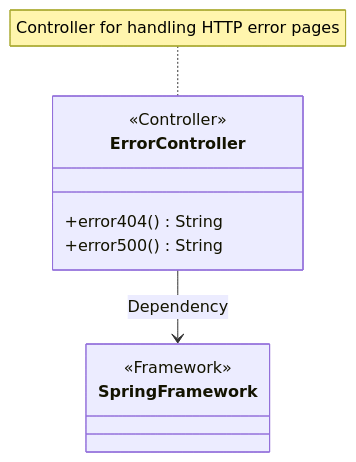
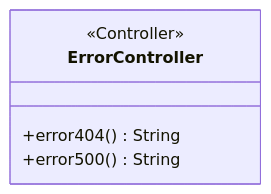
The first of 2 diagrams in docs/en/docs/src/main/java/com/github/binarywang/demo/wx/miniapp/error/ErrorController.md (v-wjrong/binary_weixin-java-miniapp-demo), drawn with Mermaid before and after one commit. The commit also changed other lines of this file and 50 other files, not shown here.

````diff
--- a/docs/en/docs/src/main/java/com/github/binarywang/demo/wx/miniapp/error/ErrorController.md
+++ b/docs/en/docs/src/main/java/com/github/binarywang/demo/wx/miniapp/error/ErrorController.md
@@ -36,14 +36,8 @@
 ```mermaid
 classDiagram
     class ErrorController {
         <<Controller>>
         +error404() String
         +error500() String
     }
-    ErrorController --> SpringFramework : Dependency
-    note for ErrorController "Controller for handling HTTP error pages"
-
-    class SpringFramework {
-        <<Framework>>
-    }
 ```
````
